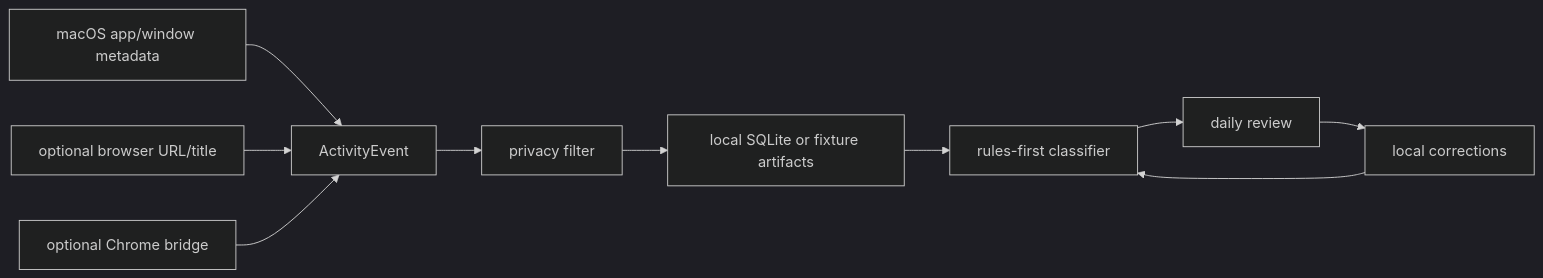
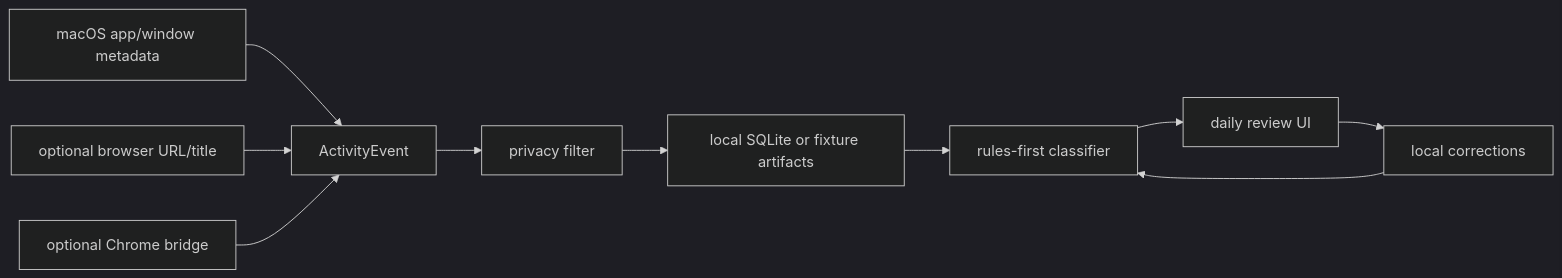
Before and after one commit to krishnangopal1810/intent-os: the diagram in README.md, drawn with Mermaid (dark theme). The commit also changed other lines of this file and 49 other files, not shown here.

````diff
--- a/README.md
+++ b/README.md
@@ -158,12 +185,12 @@
 ```mermaid
 flowchart LR
-  A["macOS app/window metadata"] --> B["ActivityEvent"]
-  C["optional browser URL/title"] --> B
-  D["optional Chrome bridge"] --> B
-  B --> E["privacy filter"]
+  A["macOS app/window metadata"] --> D["ActivityEvent"]
+  B["optional browser URL/title"] --> D
+  C["optional Chrome bridge"] --> D
+  D --> E["privacy filter"]
   E --> F["local SQLite or fixture artifacts"]
   F --> G["rules-first classifier"]
-  G --> H["daily review"]
+  G --> H["daily review UI"]
   H --> I["local corrections"]
   I --> G
 ```
````
